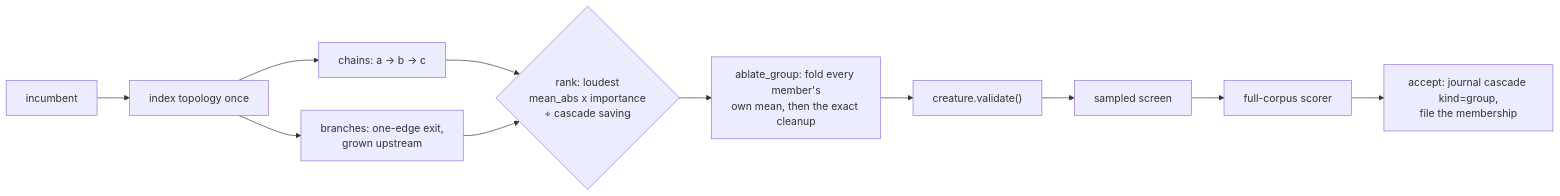
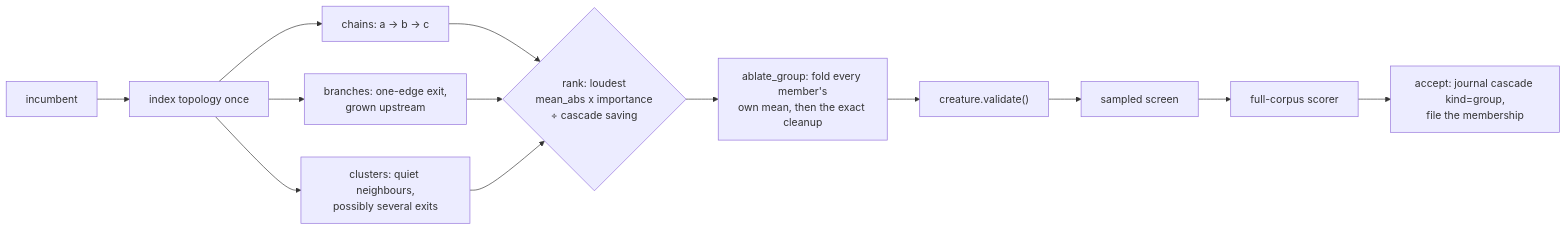
Diagram 17 of 17 in README.md (stSoftwareAU/NEAT-AI-Ockham), drawn with Mermaid before and after one commit. The commit also changed other lines of this file and 8 other files, not shown here.

````diff
--- a/README.md
+++ b/README.md
@@ -1570,13 +1572,15 @@
 ```mermaid
 flowchart LR
     C[incumbent] --> T[index topology once]
     T --> CH["chains: a → b → c"]
     T --> BR["branches: one-edge exit,<br/>grown upstream"]
+    T --> CL["clusters: quiet neighbours,<br/>possibly several exits"]
     CH --> R{"rank: loudest<br/>mean_abs x importance<br/>÷ cascade saving"}
     BR --> R
+    CL --> R
     R --> G["ablate_group: fold every member's<br/>own mean, then the exact cleanup"]
     G --> V["creature.validate()"]
     V --> S[sampled screen]
     S --> F[full-corpus scorer]
     F --> A["accept: journal cascade kind=group,<br/>file the membership"]
 ```
````
